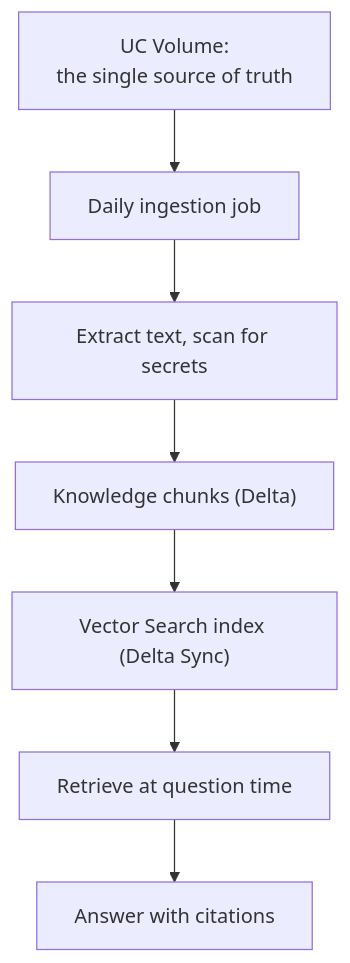
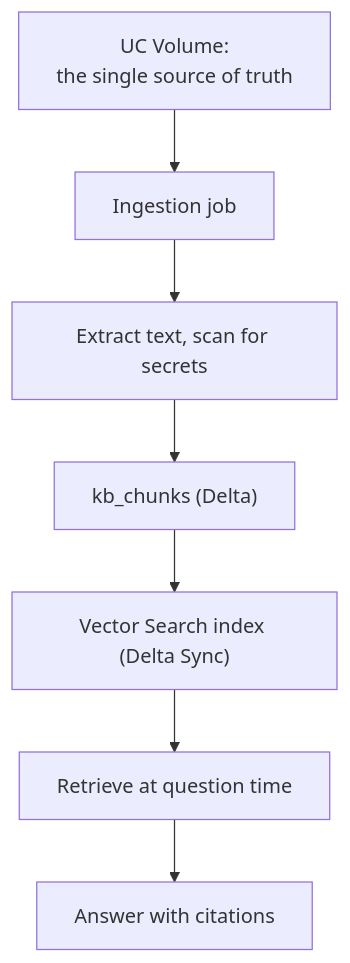
Before and after one commit to MihirUpasani/MihirUpasani.github.io: the third of 11 diagrams in src/content/blog/an-assistant-on-top-of-the-platform.md, drawn with Mermaid. The commit also changed other lines of this file and 2 other files, not shown here.

````diff
--- a/src/content/blog/an-assistant-on-top-of-the-platform.md
+++ b/src/content/blog/an-assistant-on-top-of-the-platform.md
@@ -79,9 +89,9 @@
 ```mermaid
 flowchart TB
-    Vol["UC Volume:<br/>the single source of truth"] --> Job["Daily ingestion job"]
+    Vol["UC Volume:<br/>the single source of truth"] --> Job["Ingestion job"]
     Job --> Extract["Extract text, scan for secrets"]
-    Extract --> Chunks["Knowledge chunks (Delta)"]
+    Extract --> Chunks["kb_chunks (Delta)"]
     Chunks --> Index["Vector Search index (Delta Sync)"]
     Index --> Retrieve["Retrieve at question time"]
     Retrieve --> Cite["Answer with citations"]
 ```
````
